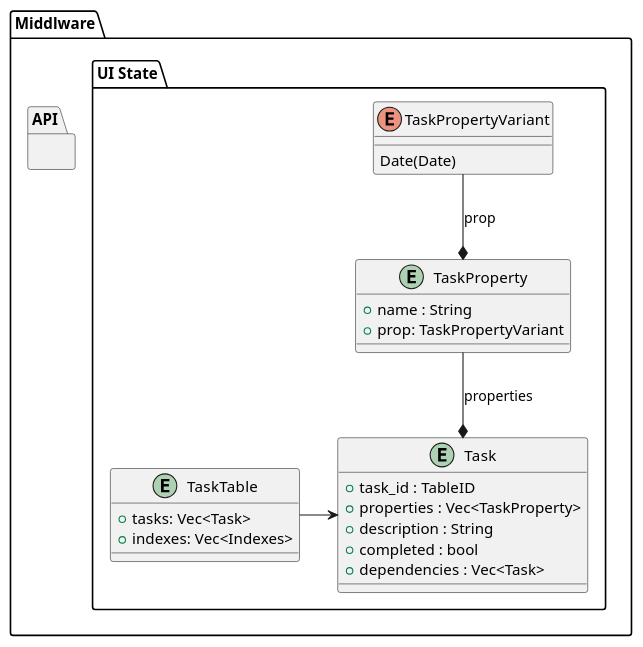
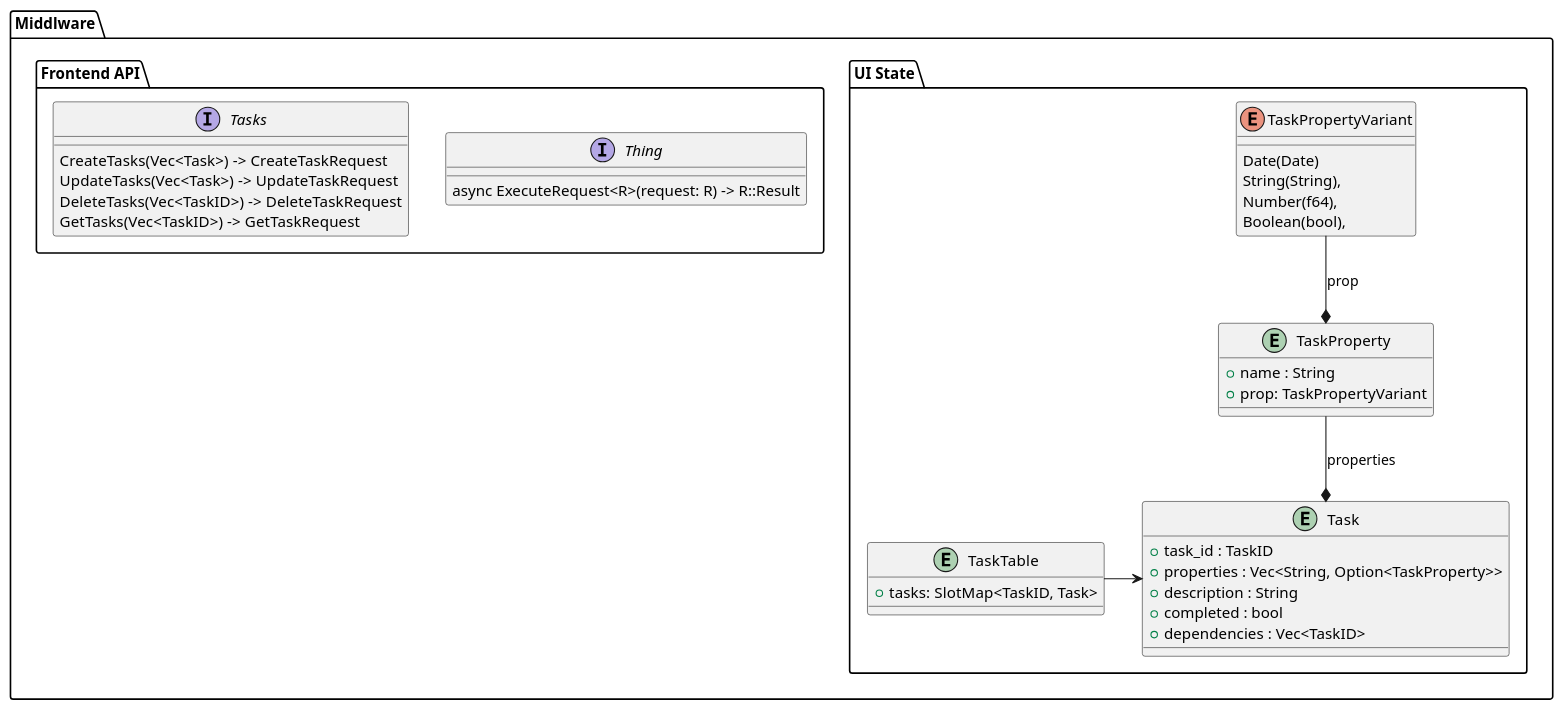
Before and after one commit to knoxy5467/a-better-notion: the second of 2 diagrams in design/middleware.puml, drawn with PlantUML. The commit also changed 4 other files, not shown here.

```diff
--- a/design/middleware.puml
+++ b/design/middleware.puml
@@ -21,32 +21,41 @@
 @startuml
 package "Middlware" {
 	package "UI State" {
 		enum "TaskPropertyVariant" as task_prop_var {
 			Date(Date)
+			String(String),
+			Number(f64),
+			Boolean(bool),
 		}
 		entity "TaskProperty" as task_prop {
 			+ name : String
 			+ prop: TaskPropertyVariant
 		}
 		task_prop_var --* task_prop : prop
 		entity "Task" as task {
-			+ task_id : TableID
-			+ properties : Vec<TaskProperty>
+			+ task_id : TaskID
+			+ properties : Vec<String, Option<TaskProperty>>
 			+ description : String
 			+ completed : bool
-			+ dependencies : Vec<Task>
+			+ dependencies : Vec<TaskID>
 		}
 		task_prop --* task : properties
 
 		entity "TaskTable" as task_table {
-			+ tasks: Vec<Task>
-			+ indexes: Vec<Indexes>
+			+ tasks: SlotMap<TaskID, Task>
 		}
 		task_table -> task
 	}
-	package "API" {
-
+	package "Frontend API" {
+		interface "Thing" {
+			async ExecuteRequest<R>(request: R) -> R::Result
+		}
+		interface "Tasks" {
+			CreateTasks(Vec<Task>) -> CreateTaskRequest
+			UpdateTasks(Vec<Task>) -> UpdateTaskRequest
+			DeleteTasks(Vec<TaskID>) -> DeleteTaskRequest
+			GetTasks(Vec<TaskID>) -> GetTaskRequest
+		}
 	}
-
-
+}
 @enduml
```
